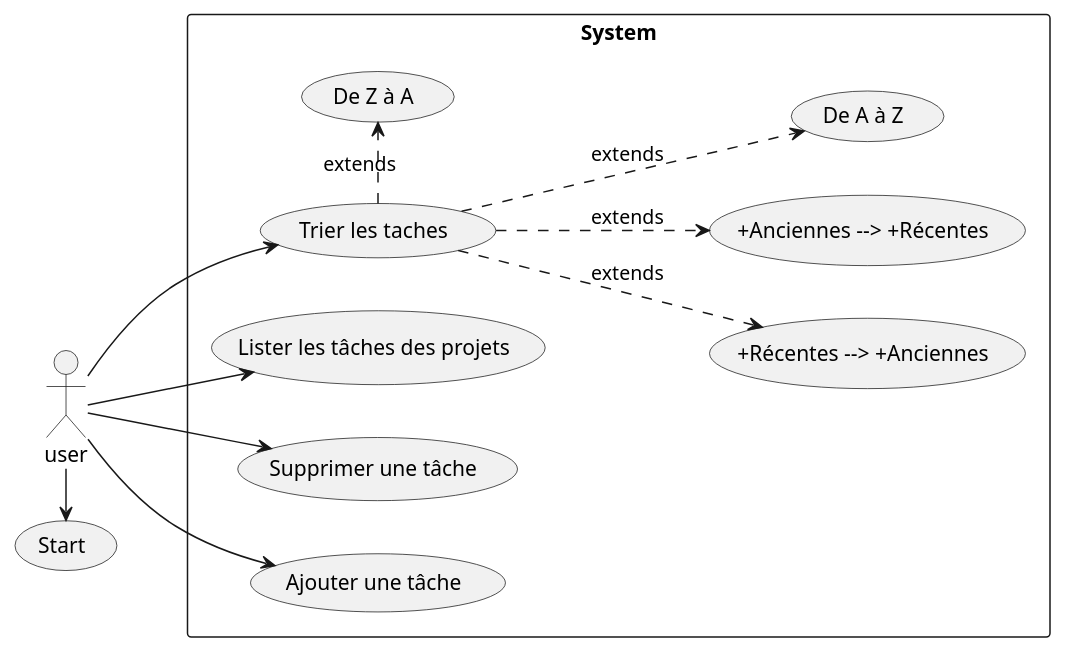
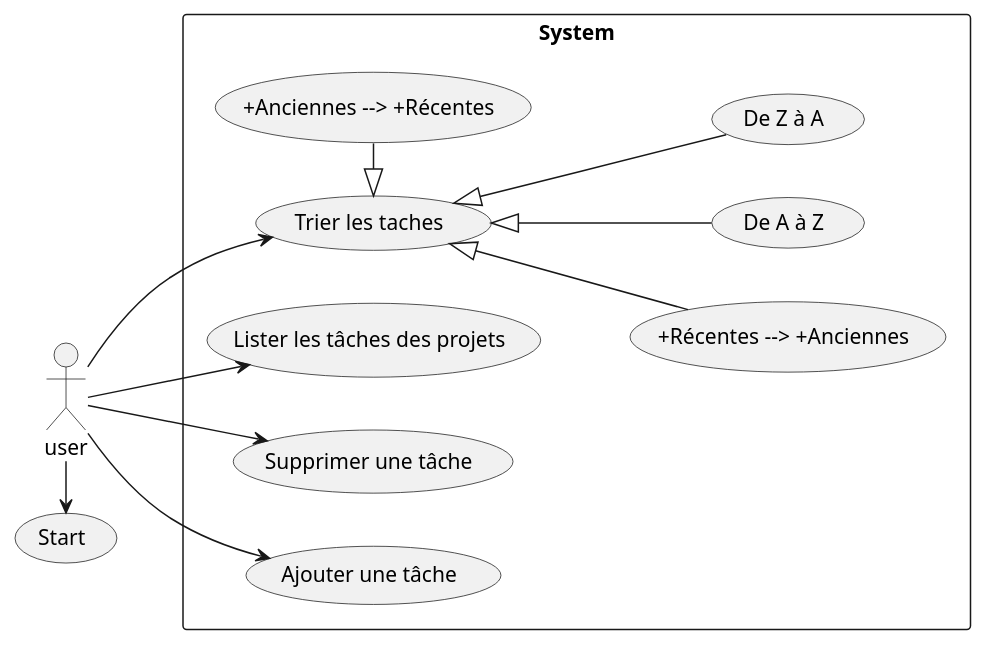
One commit to rGreenData/todoc-master- changed the diagram in Use_cases.puml. Above: the diagram before and after it, drawn with PlantUML. The commit also changed 6 other files, not shown here.

Commit message:
Diagram's update

```diff
--- a/Use_cases.puml
+++ b/Use_cases.puml
@@ -1,21 +1,20 @@
 @startuml
 
 left to right direction
 skinparam packageStyle rectangle
 actor user
 user -> (Start)
 
 Rectangle System {
 user --> (Lister les tâches des projets)
 user --> (Supprimer une tâche)
 user --> (Ajouter une tâche)
 user --> (Trier les taches)
 
-(Trier les taches) -.> (+Récentes --> +Anciennes):extends
-(Trier les taches) -.> (+Anciennes --> +Récentes):extends
-(Trier les taches) -.>  (De A à Z):extends
-(Trier les taches) .> (De Z à A):extends
-
+(Trier les taches) <|-- (+Récentes --> +Anciennes)
+(Trier les taches) <|- (+Anciennes --> +Récentes)
+(Trier les taches) <|--  (De A à Z)
+(Trier les taches) <|-- (De Z à A)
 }
 
 @enduml
```
